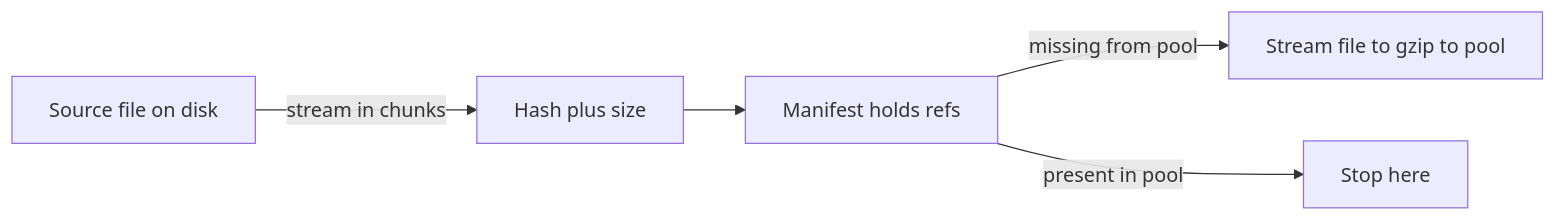
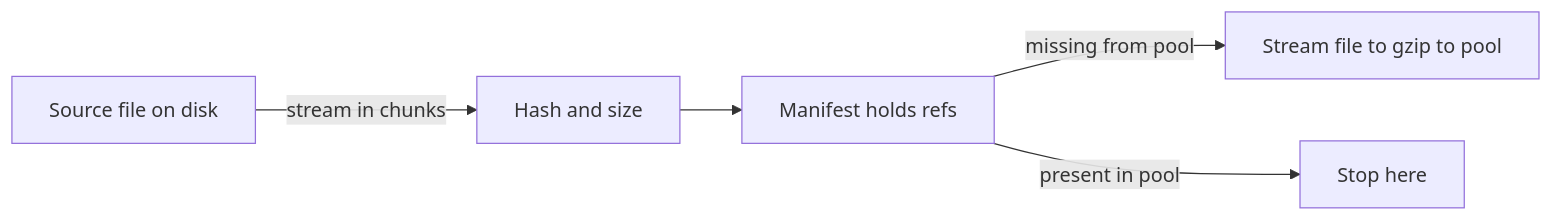
The first of 2 diagrams in docs/design/v0.8.md (SolracHQ/confit), drawn with Mermaid before and after one commit. The commit also changed other lines of this file and 112 other files, not shown here.

````diff
--- a/docs/design/v0.8.md
+++ b/docs/design/v0.8.md
@@ -168,7 +168,7 @@
 ```mermaid
 flowchart LR
-    source[Source file on disk] -->|stream in chunks| hash[Hash plus size]
+    source[Source file on disk] -->|stream in chunks| hash[Hash and size]
     hash --> manifest[Manifest holds refs]
     manifest -->|missing from pool| pool[Stream file to gzip to pool]
     manifest -->|present in pool| quiet[Stop here]
 ```
````
